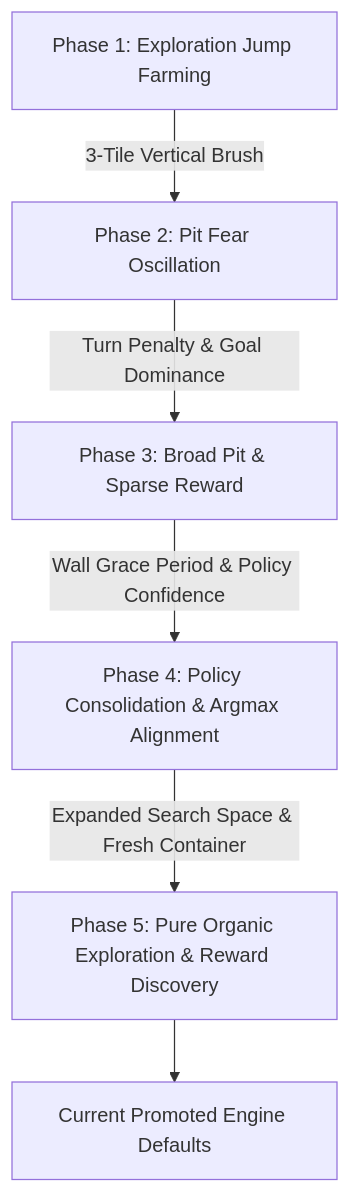
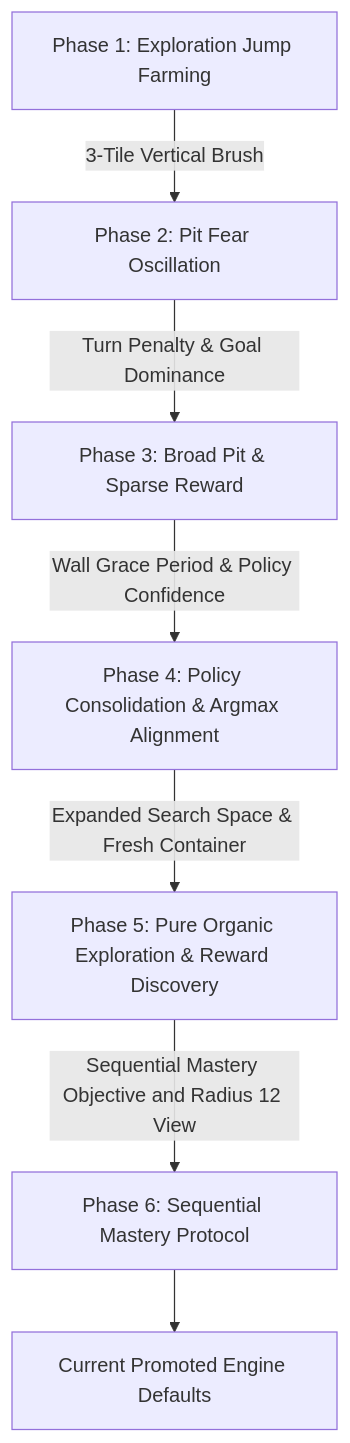
Before and after one commit to dante-ferr/ai-delver: the diagram in docs/src/engineering/fine_tuning_history.md, drawn with Mermaid. The commit also changed other lines of this file and 22 other files, not shown here.

First line of the commit message:
feat(intelligence): sequential mastery tuning with radius-12 local view

````diff
--- a/docs/src/engineering/fine_tuning_history.md
+++ b/docs/src/engineering/fine_tuning_history.md
@@ -9,8 +9,9 @@
 ```mermaid
 flowchart TD
     P1[Phase 1: Exploration Jump Farming] -->|3-Tile Vertical Brush| P2[Phase 2: Pit Fear Oscillation]
     P2 -->|Turn Penalty & Goal Dominance| P3[Phase 3: Broad Pit & Sparse Reward]
     P3 -->|Wall Grace Period & Policy Confidence| P4[Phase 4: Policy Consolidation & Argmax Alignment]
     P4 -->|Expanded Search Space & Fresh Container| P5[Phase 5: Pure Organic Exploration & Reward Discovery]
-    P5 --> Promoted[Current Promoted Engine Defaults]
+    P5 -->|Sequential Mastery Objective and Radius 12 View| P6[Phase 6: Sequential Mastery Protocol]
+    P6 --> Promoted[Current Promoted Engine Defaults]
 ```
````
